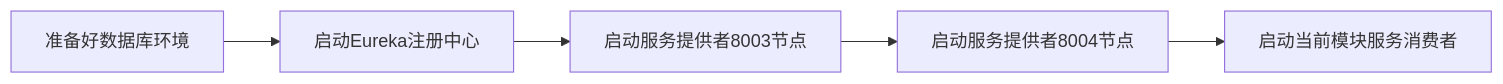
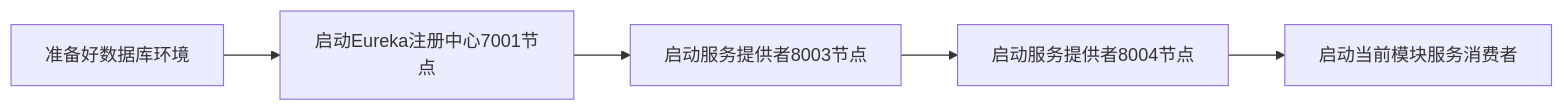
Before and after one commit to lingwh1995/blog: the diagram in docs/blogs/backend/springcloud/springcloud-eureka/shardings/springcloud-eureka-chapter-7.使用Hystrix实现服务降级和熔断.md, drawn with Mermaid. The commit also changed other lines of this file and 1716 other files, not shown here.

````diff
--- a/docs/blogs/backend/springcloud/springcloud-eureka/shardings/springcloud-eureka-chapter-7.使用Hystrix实现服务降级和熔断.md
+++ b/docs/blogs/backend/springcloud/springcloud-eureka/shardings/springcloud-eureka-chapter-7.使用Hystrix实现服务降级和熔断.md
@@ -170,7 +219,7 @@
 ```mermaid
 flowchart LR
-    准备好数据库环境-->启动Eureka注册中心
-    启动Eureka注册中心-->启动服务提供者8003节点
+    准备好数据库环境-->启动Eureka注册中心7001节点
+    启动Eureka注册中心7001节点-->启动服务提供者8003节点
     启动服务提供者8003节点-->启动服务提供者8004节点
     启动服务提供者8004节点-->启动当前模块服务消费者
 ```
````
